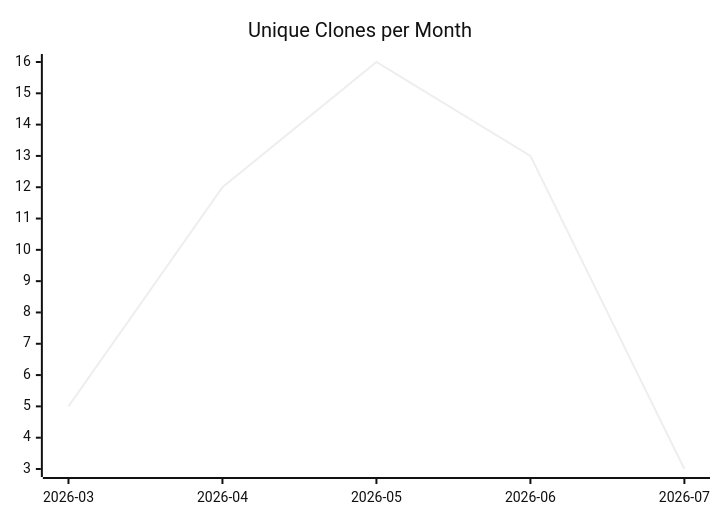
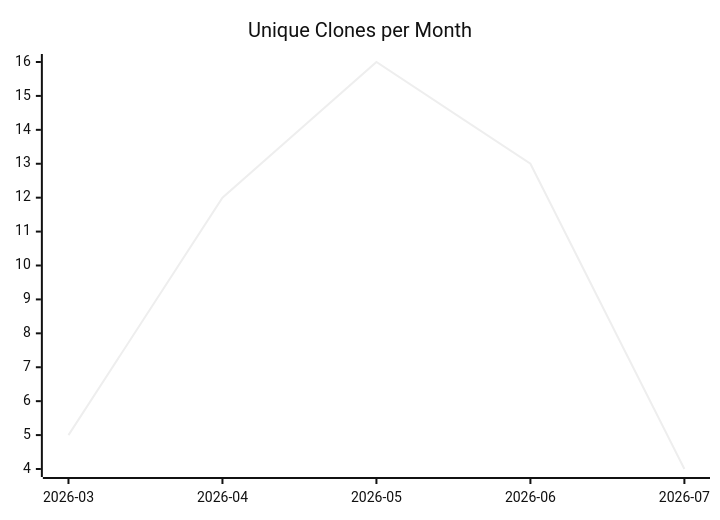
One commit to justdavis-family/github-analytics-data changed the third of 3 diagrams in karlmdavis/justdavis-karl/README.md. Above: the diagram before and after it, drawn with Mermaid (neutral theme). The commit also changed other lines of this file and 169 other files, not shown here.

````diff
--- a/karlmdavis/justdavis-karl/README.md
+++ b/karlmdavis/justdavis-karl/README.md
@@ -19,6 +19,6 @@
 ```mermaid
 xychart-beta
   title "Unique Clones per Month"
   x-axis ["2026-03", "2026-04", "2026-05", "2026-06", "2026-07"]
-  line [5, 12, 16, 13, 3]
+  line [5, 12, 16, 13, 4]
 ```
````
